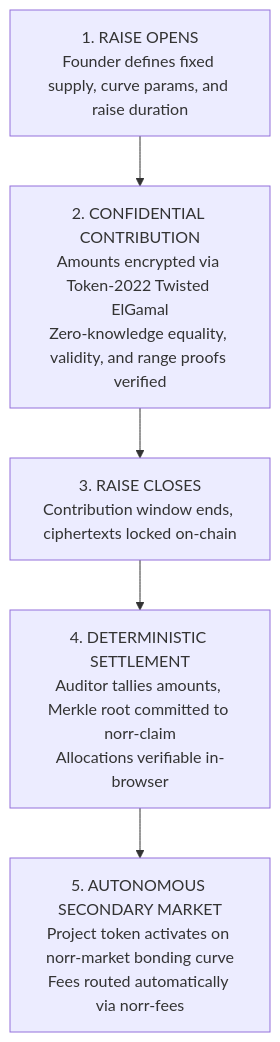
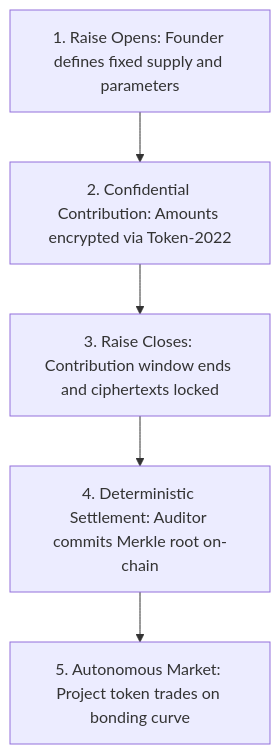
The first of 2 diagrams in README.md (ShrikarT/norr), drawn with Mermaid before and after one commit. The commit also changed other lines of this file and 1 other file, not shown here.

Commit message:
fix(docs): standardize Mermaid diagrams to standard graph syntax for instant GitHub rendering

````diff
--- a/README.md
+++ b/README.md
@@ -51,7 +51,7 @@
 ```mermaid
-flowchart TD
-    A["1. RAISE OPENS<br>Founder defines fixed supply, curve params, and raise duration"] --> B["2. CONFIDENTIAL CONTRIBUTION<br>Amounts encrypted via Token-2022 Twisted ElGamal<br>Zero-knowledge equality, validity, and range proofs verified"]
-    B --> C["3. RAISE CLOSES<br>Contribution window ends, ciphertexts locked on-chain"]
-    C --> D["4. DETERMINISTIC SETTLEMENT<br>Auditor tallies amounts, Merkle root committed to norr-claim<br>Allocations verifiable in-browser"]
-    D --> E["5. AUTONOMOUS SECONDARY MARKET<br>Project token activates on norr-market bonding curve<br>Fees routed automatically via norr-fees"]
+graph TD
+    A[1. Raise Opens: Founder defines fixed supply and parameters] --> B[2. Confidential Contribution: Amounts encrypted via Token-2022]
+    B --> C[3. Raise Closes: Contribution window ends and ciphertexts locked]
+    C --> D[4. Deterministic Settlement: Auditor commits Merkle root on-chain]
+    D --> E[5. Autonomous Market: Project token trades on bonding curve]
 ```
````
